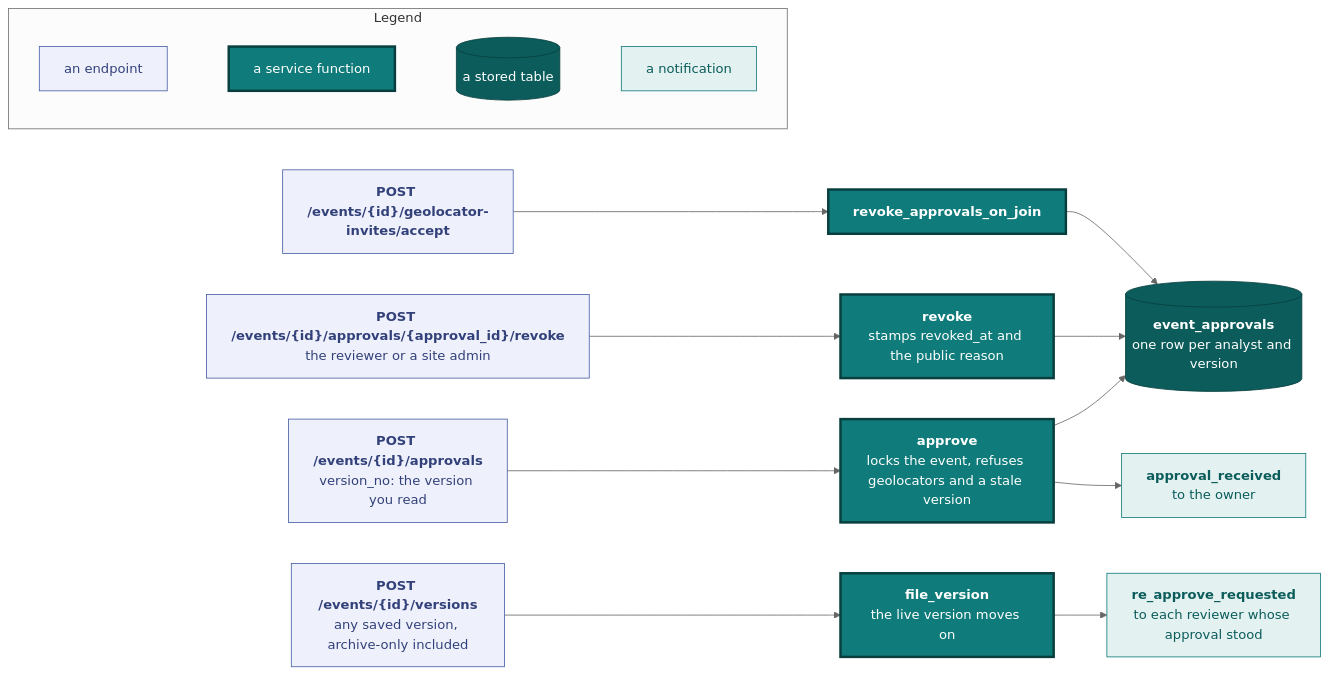
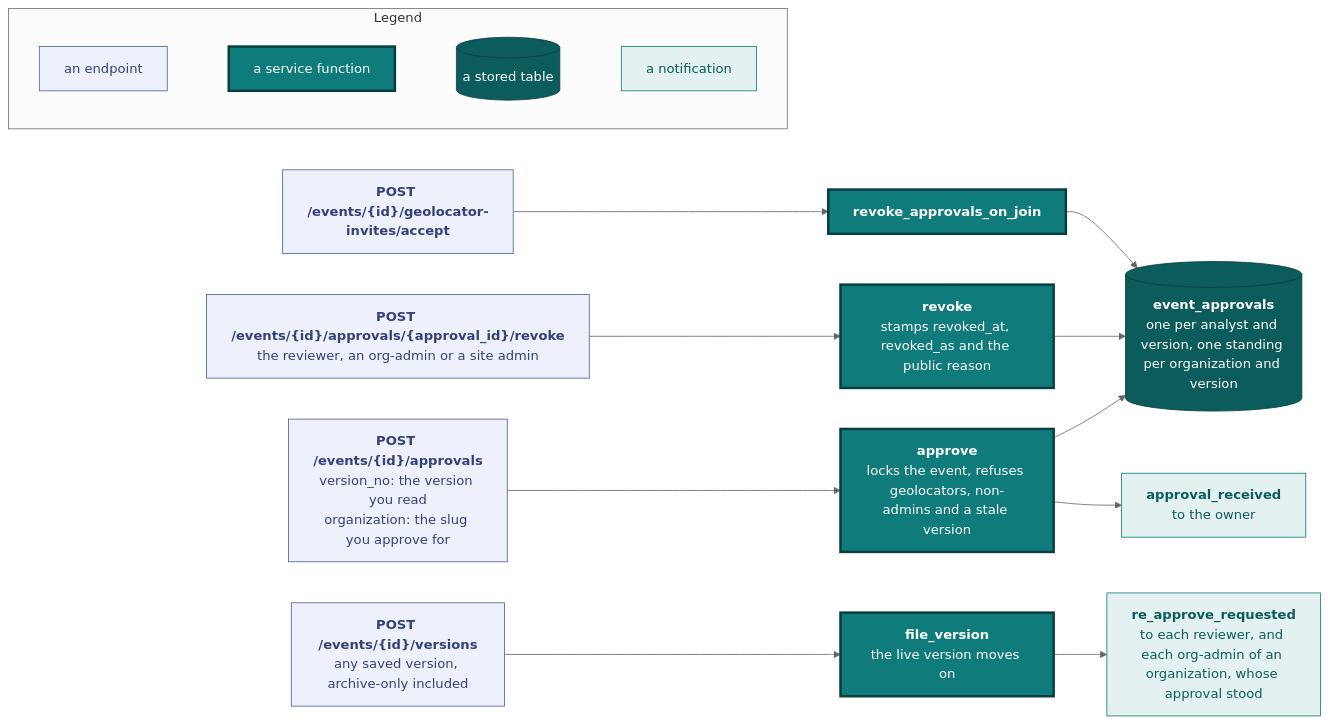
One commit to vidithq/vidit changed the fourth of 8 diagrams in docs/api.md. Above: the diagram before and after it, drawn with Mermaid (neutral theme). The commit also changed other lines of this file and 47 other files, not shown here.

````diff
--- a/docs/api.md
+++ b/docs/api.md
@@ -1427,43 +1429,44 @@
 ```mermaid
 flowchart LR
   classDef spec fill:#eef1fb,stroke:#4a5fa5,color:#33417a
   classDef core fill:#0f7b7a,stroke:#083f3e,stroke-width:3px,color:#ffffff
   classDef store fill:#0b5c5b,stroke:#083f3e,color:#ffffff
   classDef shared fill:#e3f2f1,stroke:#0f7b7a,color:#0b5c5b
 
   subgraph legend [Legend]
     direction LR
     l1["`an endpoint`"]:::spec
     l2["`a service function`"]:::core
     l3[("`a stored table`")]:::store
     l4["`a notification`"]:::shared
     l1 ~~~ l2 ~~~ l3 ~~~ l4
   end
 
   approve["`**POST /events/{id}/approvals**
-  version_no: the version you read`"]:::spec
+  version_no: the version you read
+  organization: the slug you approve for`"]:::spec
   revokeep["`**POST /events/{id}/approvals/{approval_id}/revoke**
-  the reviewer or a site admin`"]:::spec
+  the reviewer, an org-admin or a site admin`"]:::spec
   edit["`**POST /events/{id}/versions**
   any saved version, archive-only included`"]:::spec
   accept["`**POST /events/{id}/geolocator-invites/accept**`"]:::spec
   place["`**approve**
-  locks the event, refuses geolocators and a stale version`"]:::core
+  locks the event, refuses geolocators, non-admins and a stale version`"]:::core
   revoke["`**revoke**
-  stamps revoked_at and the public reason`"]:::core
+  stamps revoked_at, revoked_as and the public reason`"]:::core
   file["`**file_version**
   the live version moves on`"]:::core
   join["`**revoke_approvals_on_join**`"]:::core
   rows[("`**event_approvals**
-  one row per analyst and version`")]:::store
+  one per analyst and version, one standing per organization and version`")]:::store
   received["`**approval_received**
   to the owner`"]:::shared
   again["`**re_approve_requested**
-  to each reviewer whose approval stood`"]:::shared
+  to each reviewer, and each org-admin of an organization, whose approval stood`"]:::shared
 
   approve --> place --> rows
   place --> received
   revokeep --> revoke --> rows
   edit --> file --> again
   accept --> join --> rows
 ```
````
